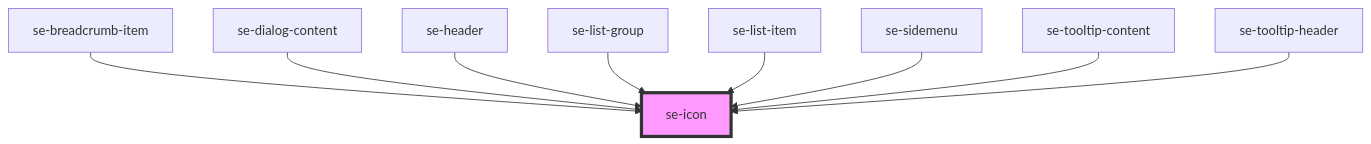
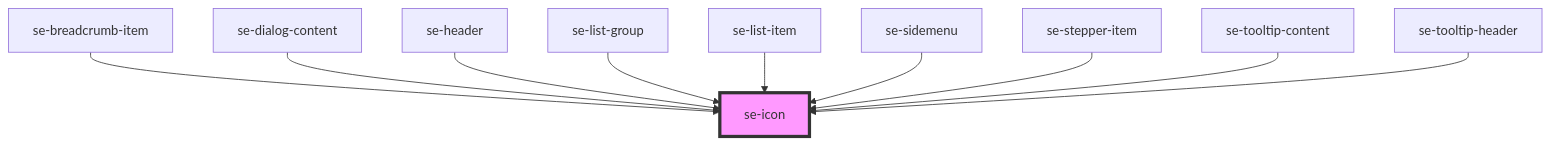
The diagram in src-core/src/components/icon/readme.md (robbiemcmullense/se-web-ui), drawn with Mermaid before and after one commit. The commit also changed other lines of this file and 13 other files, not shown here.

````diff
--- a/src-core/src/components/icon/readme.md
+++ b/src-core/src/components/icon/readme.md
@@ -31,12 +32,13 @@
 ```mermaid
 graph TD;
   se-breadcrumb-item --> se-icon
   se-dialog-content --> se-icon
   se-header --> se-icon
   se-list-group --> se-icon
   se-list-item --> se-icon
   se-sidemenu --> se-icon
+  se-stepper-item --> se-icon
   se-tooltip-content --> se-icon
   se-tooltip-header --> se-icon
   style se-icon fill:#f9f,stroke:#333,stroke-width:4px
 ```
````
